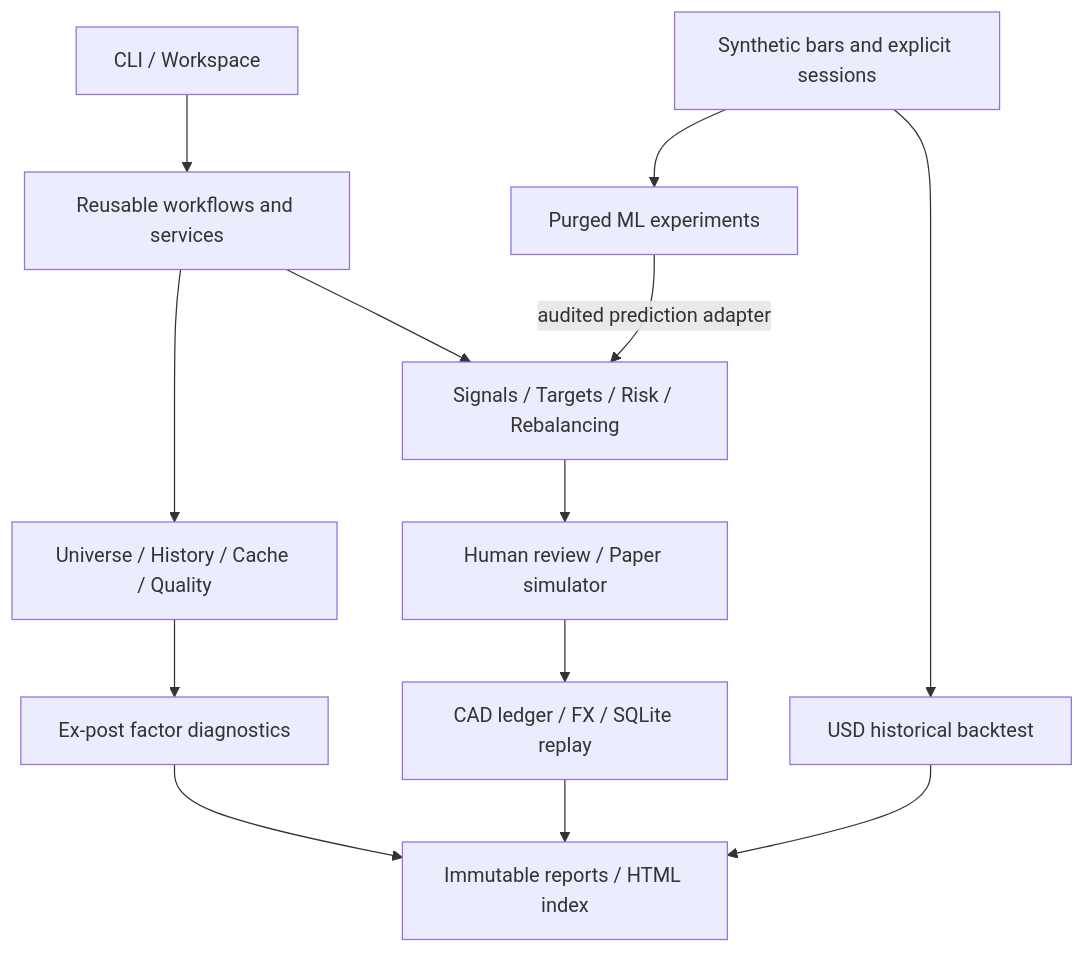
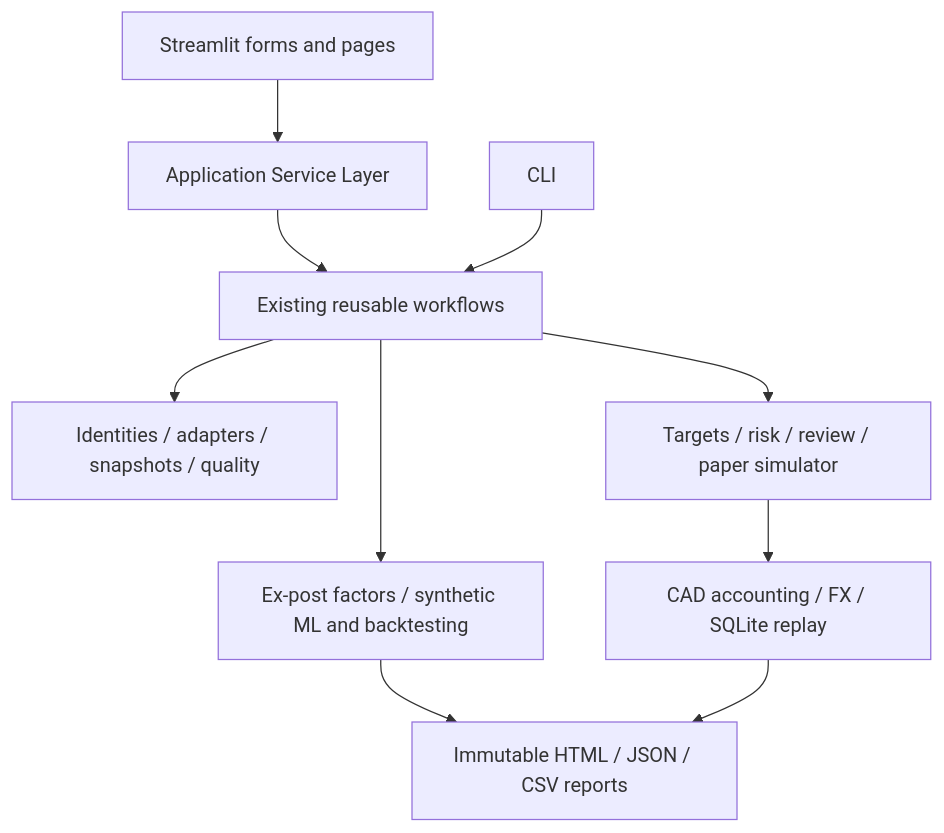
One commit to yufeizhang06/PortfolioResearchDesk changed the diagram in README.md. Above: the diagram before and after it, drawn with Mermaid. The commit also changed other lines of this file and 40 other files, not shown here.

Commit message:
feat: deliver Phase 7 GUI and early-beta publication review

````diff
--- a/README.md
+++ b/README.md
@@ -113,15 +159,12 @@
 ```mermaid
 flowchart TD
-    CLI[CLI / Workspace] --> W[Reusable workflows and services]
-    W --> D[Universe / History / Cache / Quality]
-    D --> F[Ex-post factor diagnostics]
-    S[Synthetic bars and explicit sessions] --> M[Purged ML experiments]
-    S --> B[USD historical backtest]
-    W --> P[Signals / Targets / Risk / Rebalancing]
-    M -->|audited prediction adapter| P
-    P --> R[Human review / Paper simulator]
-    R --> L[CAD ledger / FX / SQLite replay]
-    F --> O[Immutable reports / HTML index]
-    B --> O
-    L --> O
+    GUI[Streamlit forms and pages] --> AS[Application Service Layer]
+    AS --> W[Existing reusable workflows]
+    CLI[CLI] --> W
+    W --> D[Identities / adapters / snapshots / quality]
+    W --> F[Ex-post factors / synthetic ML and backtesting]
+    W --> P[Targets / risk / review / paper simulator]
+    P --> L[CAD accounting / FX / SQLite replay]
+    F --> R[Immutable HTML / JSON / CSV reports]
+    L --> R
 ```
````
